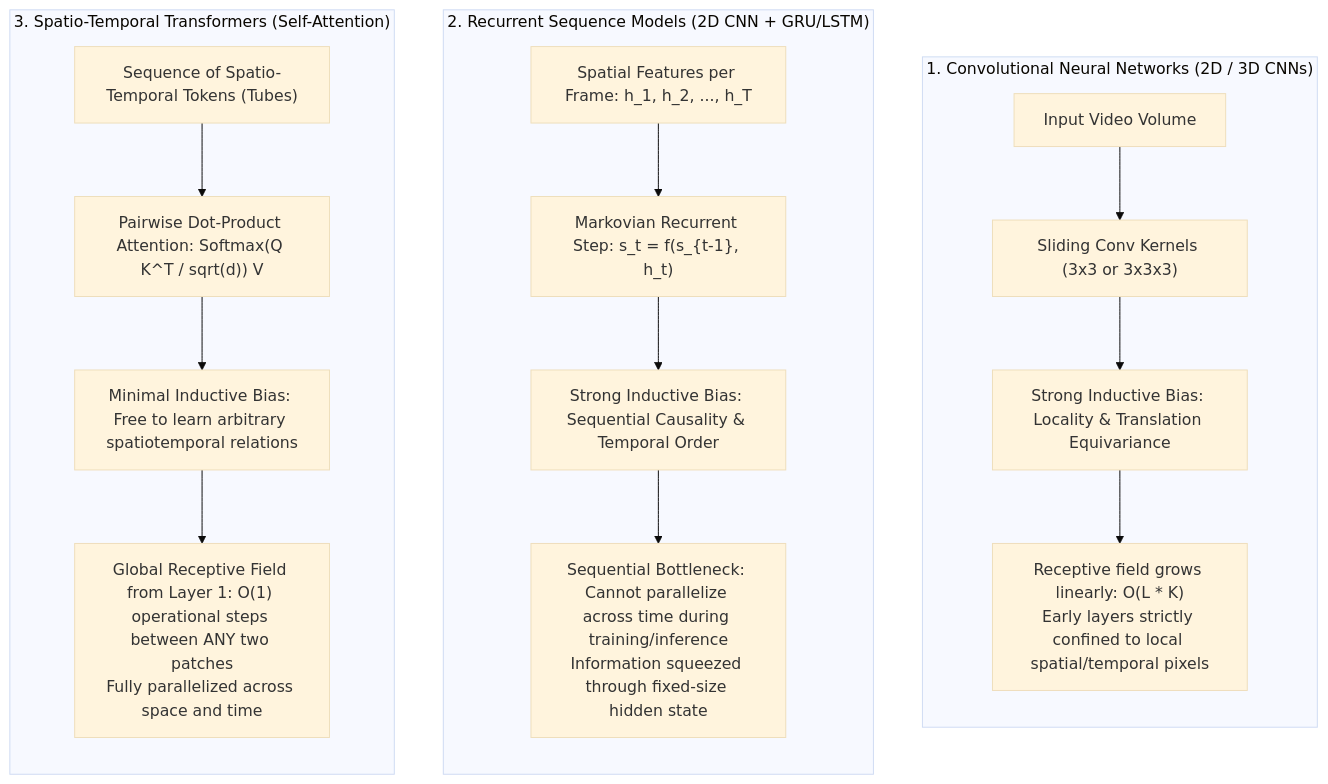
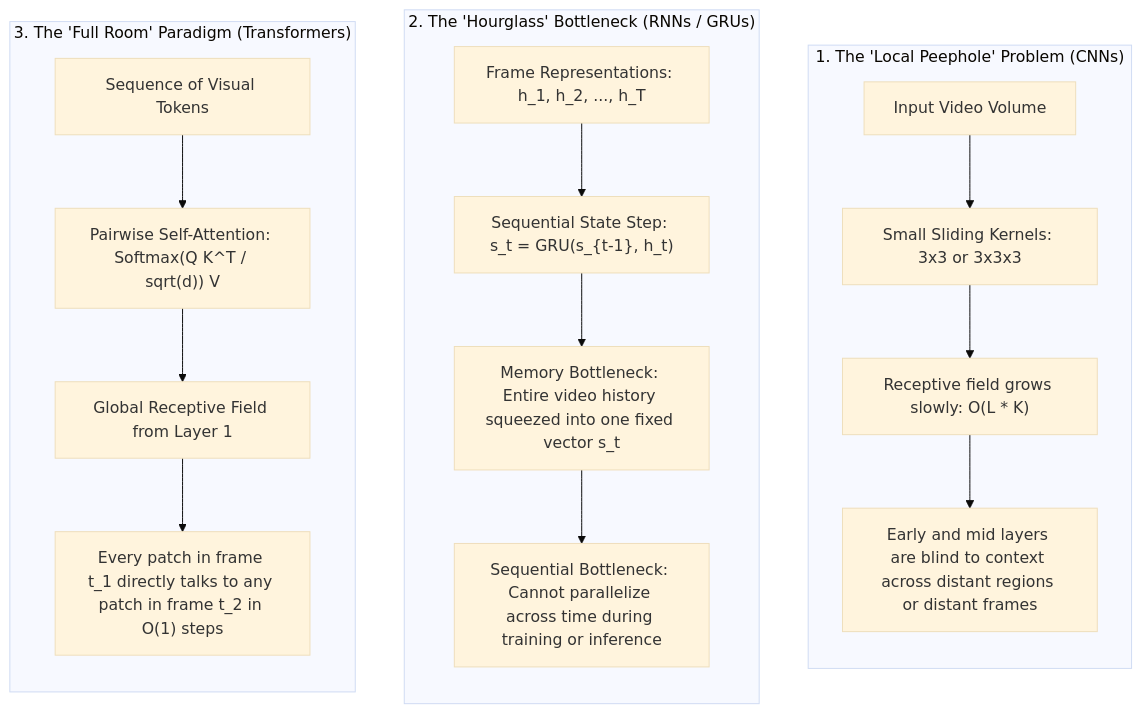
The first of 3 diagrams in video-understanding-lab/docs/03_video_transformer_inference.md (ghif/IF5152), drawn with Mermaid (base theme) before and after one commit. The commit also changed other lines of this file, not shown here.

````diff
--- a/video-understanding-lab/docs/03_video_transformer_inference.md
+++ b/video-understanding-lab/docs/03_video_transformer_inference.md
@@ -25,23 +34,23 @@
 ```mermaid
 flowchart TD
-    subgraph CNN ["1. Convolutional Neural Networks (2D / 3D CNNs)"]
+    subgraph CNN ["1. The 'Local Peephole' Problem (CNNs)"]
         direction TB
-        C1["Input Video Volume"] --> C2["Sliding Conv Kernels (3x3 or 3x3x3)"]
-        C2 --> C3["Strong Inductive Bias: Locality & Translation Equivariance"]
-        C3 --> C4["Receptive field grows linearly: O(L * K)<br/>Early layers strictly confined to local spatial/temporal pixels"]
+        C1["Input Video Volume"] --> C2["Small Sliding Kernels: 3x3 or 3x3x3"]
+        C2 --> C3["Receptive field grows slowly: O(L * K)"]
+        C3 --> C4["Early and mid layers are blind to context across distant regions or distant frames"]
     end
 
-    subgraph RNN ["2. Recurrent Sequence Models (2D CNN + GRU/LSTM)"]
+    subgraph RNN ["2. The 'Hourglass' Bottleneck (RNNs / GRUs)"]
         direction TB
-        R1["Spatial Features per Frame: h_1, h_2, ..., h_T"] --> R2["Markovian Recurrent Step: s_t = f(s_{t-1}, h_t)"]
-        R2 --> R3["Strong Inductive Bias: Sequential Causality & Temporal Order"]
-        R3 --> R4["Sequential Bottleneck: Cannot parallelize across time during training/inference<br/>Information squeezed through fixed-size hidden state"]
+        R1["Frame Representations: h_1, h_2, ..., h_T"] --> R2["Sequential State Step: s_t = GRU(s_{t-1}, h_t)"]
+        R2 --> R3["Memory Bottleneck: Entire video history squeezed into one fixed vector s_t"]
+        R3 --> R4["Sequential Bottleneck: Cannot parallelize across time during training or inference"]
     end
 
-    subgraph XFR ["3. Spatio-Temporal Transformers (Self-Attention)"]
+    subgraph XFR ["3. The 'Full Room' Paradigm (Transformers)"]
         direction TB
-        T1["Sequence of Spatio-Temporal Tokens (Tubes)"] --> T2["Pairwise Dot-Product Attention: Softmax(Q K^T / sqrt(d)) V"]
-        T2 --> T3["Minimal Inductive Bias: Free to learn arbitrary spatiotemporal relations"]
-        T3 --> T4["Global Receptive Field from Layer 1: O(1) operational steps between ANY two patches<br/>Fully parallelized across space and time"]
+        T1["Sequence of Visual Tokens"] --> T2["Pairwise Self-Attention: Softmax(Q K^T / sqrt(d)) V"]
+        T2 --> T3["Global Receptive Field from Layer 1"]
+        T3 --> T4["Every patch in frame t_1 directly talks to any patch in frame t_2 in O(1) steps"]
     end
 ```
````
